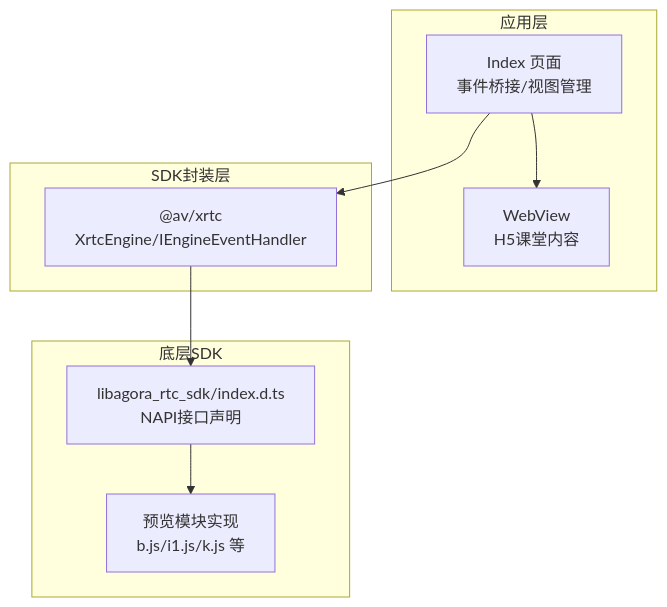
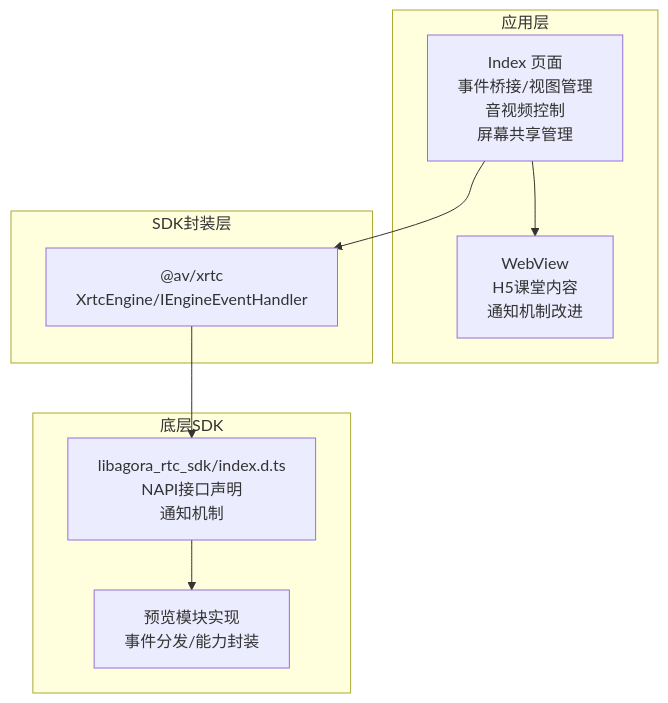
One commit to huz1xuan/harmony_XDY changed the first of 9 diagrams in .qoder/repowiki/zh/content/主要功能模块/音视频通话系统/音视频通话系统.md. Above: the diagram before and after it, drawn with Mermaid. The commit also changed other lines of this file and 15 other files, not shown here.

````diff
--- a/.qoder/repowiki/zh/content/主要功能模块/音视频通话系统/音视频通话系统.md
+++ b/.qoder/repowiki/zh/content/主要功能模块/音视频通话系统/音视频通话系统.md
@@ -38,18 +42,18 @@
 ```mermaid
 graph TB
 subgraph "应用层"
-UI["Index 页面<br/>事件桥接/视图管理"]
-WV["WebView<br/>H5课堂内容"]
+UI["Index 页面<br/>事件桥接/视图管理<br/>音视频控制<br/>屏幕共享管理"]
+WV["WebView<br/>H5课堂内容<br/>通知机制改进"]
 end
 subgraph "SDK封装层"
 XE["@av/xrtc<br/>XrtcEngine/IEngineEventHandler"]
 end
 subgraph "底层SDK"
-NAPI["libagora_rtc_sdk/index.d.ts<br/>NAPI接口声明"]
-IMPL["预览模块实现<br/>b.js/i1.js/k.js 等"]
+NAPI["libagora_rtc_sdk/index.d.ts<br/>NAPI接口声明<br/>通知机制"]
+IMPL["预览模块实现<br/>事件分发/能力封装"]
 end
 UI --> WV
 UI --> XE
 XE --> NAPI
 NAPI --> IMPL
 ```
````
